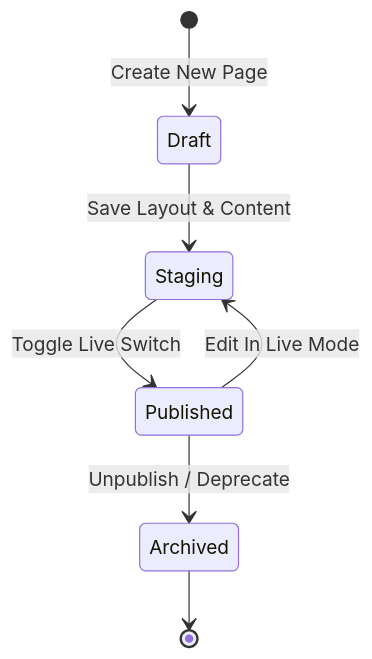
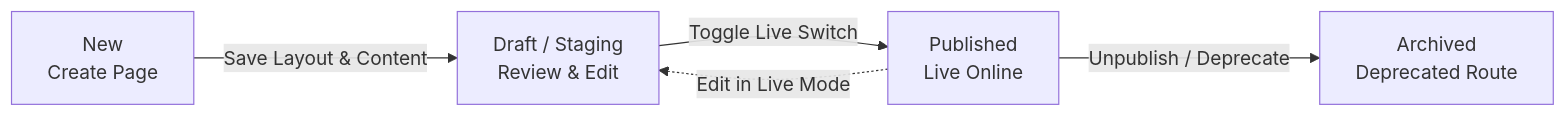
Before and after one commit to ManfredNelvin-Dev/curq-documentation: the second of 2 diagrams in docs/Website/core-concepts/01-understanding-website-architecture-and-content-delivery.md, drawn with Mermaid. The commit also changed other lines of this file and 284 other files, not shown here.

````diff
--- a/docs/Website/core-concepts/01-understanding-website-architecture-and-content-delivery.md
+++ b/docs/Website/core-concepts/01-understanding-website-architecture-and-content-delivery.md
@@ -37,9 +37,7 @@
 ```mermaid
-stateDiagram-v2
-    [*] --> Draft: Create New Page
-    Draft --> Staging: Save Layout & Content
-    Staging --> Published: Toggle Live Switch
-    Published --> Staging: Edit In Live Mode
-    Published --> Archived: Unpublish / Deprecate
-    Archived --> [*]
+flowchart LR
+    New["New<br/>Create Page"] -->|"Save Layout & Content"| Draft["Draft / Staging<br/>Review & Edit"]
+    Draft -->|"Toggle Live Switch"| Published["Published<br/>Live Online"]
+    Published -.->|"Edit in Live Mode"| Draft
+    Published -->|"Unpublish / Deprecate"| Archived["Archived<br/>Deprecated Route"]
 ```
````
